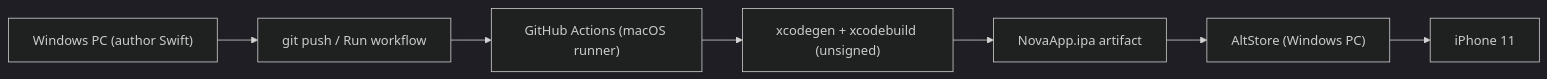
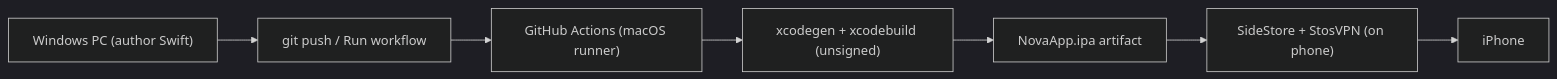
One commit to aweaver92/project-nova changed the diagram in Docs/ios-without-mac.md. Above: the diagram before and after it, drawn with Mermaid (dark theme). The commit also changed other lines of this file and 37 other files, not shown here.

````diff
--- a/Docs/ios-without-mac.md
+++ b/Docs/ios-without-mac.md
@@ -9,9 +10,9 @@
 ```mermaid
 flowchart LR
     dev["Windows PC (author Swift)"] --> push["git push / Run workflow"]
     push --> ci["GitHub Actions (macOS runner)"]
     ci --> build["xcodegen + xcodebuild (unsigned)"]
     build --> ipa["NovaApp.ipa artifact"]
-    ipa --> alt["AltStore (Windows PC)"]
-    alt --> phone["iPhone 11"]
+    ipa --> side["SideStore + StosVPN (on phone)"]
+    side --> phone["iPhone"]
 ```
````
